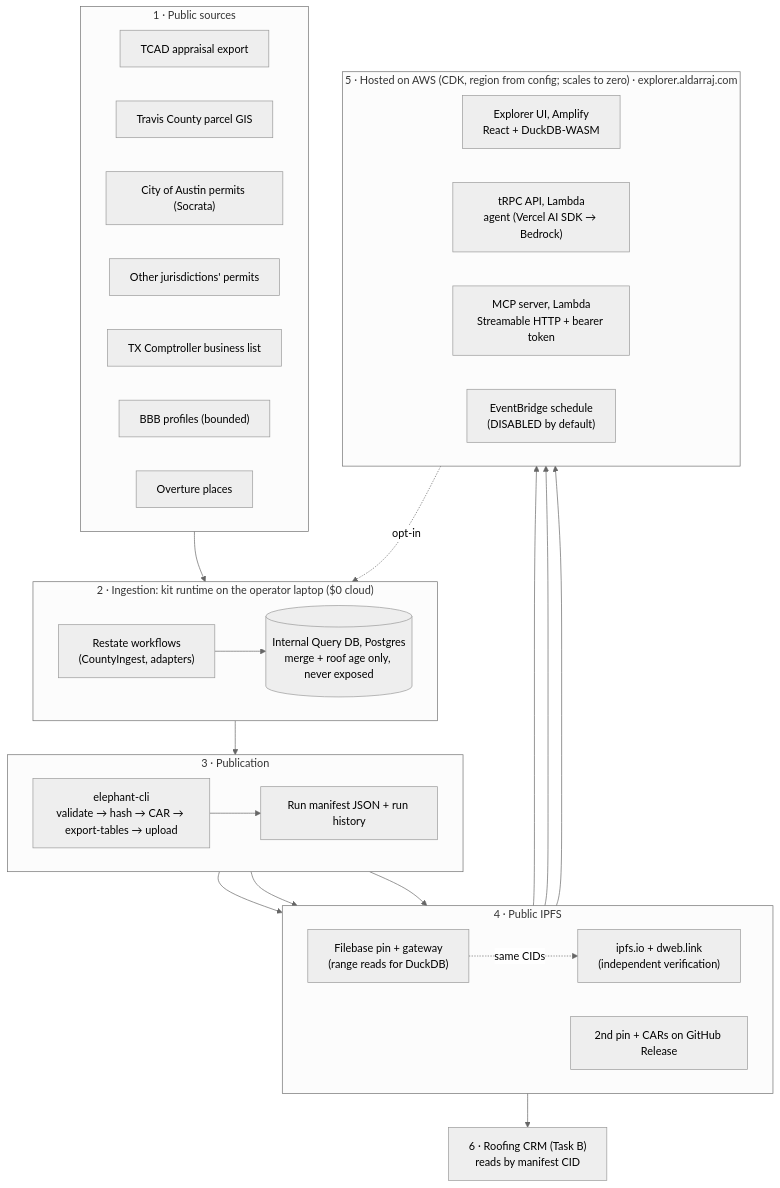
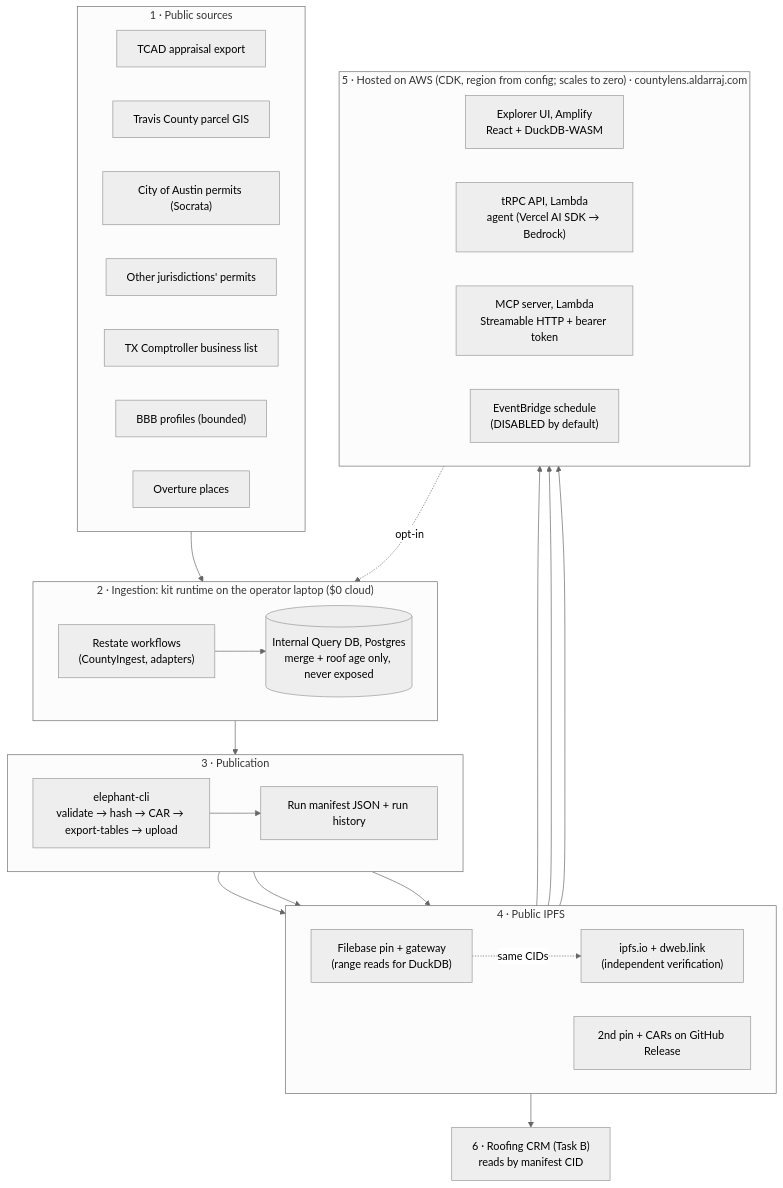
Before and after one commit to HebaGaber/oracle-property-intelligence-platform-pipeline-travis-tx: the first of 4 diagrams in docs/plan.md, drawn with Mermaid (neutral theme). The commit also changed other lines of this file and 7 other files, not shown here.

````diff
--- a/docs/plan.md
+++ b/docs/plan.md
@@ -61,44 +61,44 @@
 ```mermaid
 flowchart TB
   subgraph SRC["1 · Public sources"]
     direction LR
     TCAD["TCAD appraisal export"]
     GIS["Travis County parcel GIS"]
     ATX["City of Austin permits (Socrata)"]
     OTH["Other jurisdictions' permits"]
     BIZ["TX Comptroller business list"]
     BBB["BBB profiles (bounded)"]
     OVT["Overture places"]
   end
   subgraph LOCAL["2 · Ingestion: kit runtime on the operator laptop ($0 cloud)"]
     direction LR
     RS["Restate workflows<br/>(CountyIngest, adapters)"]
     QDB[("Internal Query DB, Postgres<br/>merge + roof age only, never exposed")]
   end
   subgraph PUB["3 · Publication"]
     direction LR
     CLI["elephant-cli<br/>validate → hash → CAR → export-tables → upload"]
     MAN["Run manifest JSON + run history"]
   end
   subgraph IPFS["4 · Public IPFS"]
     direction LR
     FB["Filebase pin + gateway<br/>(range reads for DuckDB)"]
     P2["2nd pin + CARs on GitHub Release"]
     GW["ipfs.io + dweb.link<br/>(independent verification)"]
   end
-  subgraph AWS["5 · Hosted on AWS (CDK, region from config; scales to zero) · explorer.aldarraj.com"]
+  subgraph AWS["5 · Hosted on AWS (CDK, region from config; scales to zero) · countylens.aldarraj.com"]
     direction LR
     WEB["Explorer UI, Amplify<br/>React + DuckDB-WASM"]
     API["tRPC API, Lambda<br/>agent (Vercel AI SDK → Bedrock)"]
     MCP["MCP server, Lambda<br/>Streamable HTTP + bearer token"]
     SCH["EventBridge schedule<br/>(DISABLED by default)"]
   end
   CRM["6 · Roofing CRM (Task B)<br/>reads by manifest CID"]
   SRC --> RS --> QDB --> CLI
   CLI --> FB & P2
   CLI --> MAN --> FB
   FB --> WEB & API & MCP
   FB -. same CIDs .-> GW
   FB --> CRM
   SCH -. opt-in .-> RS
 ```
````
